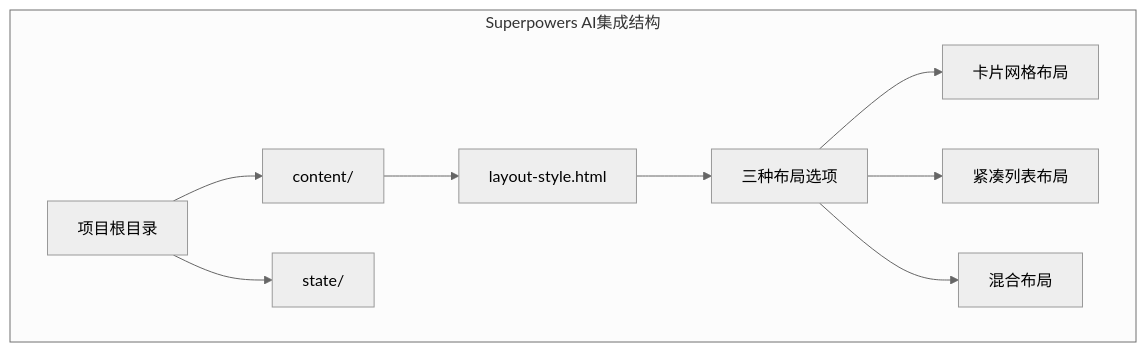
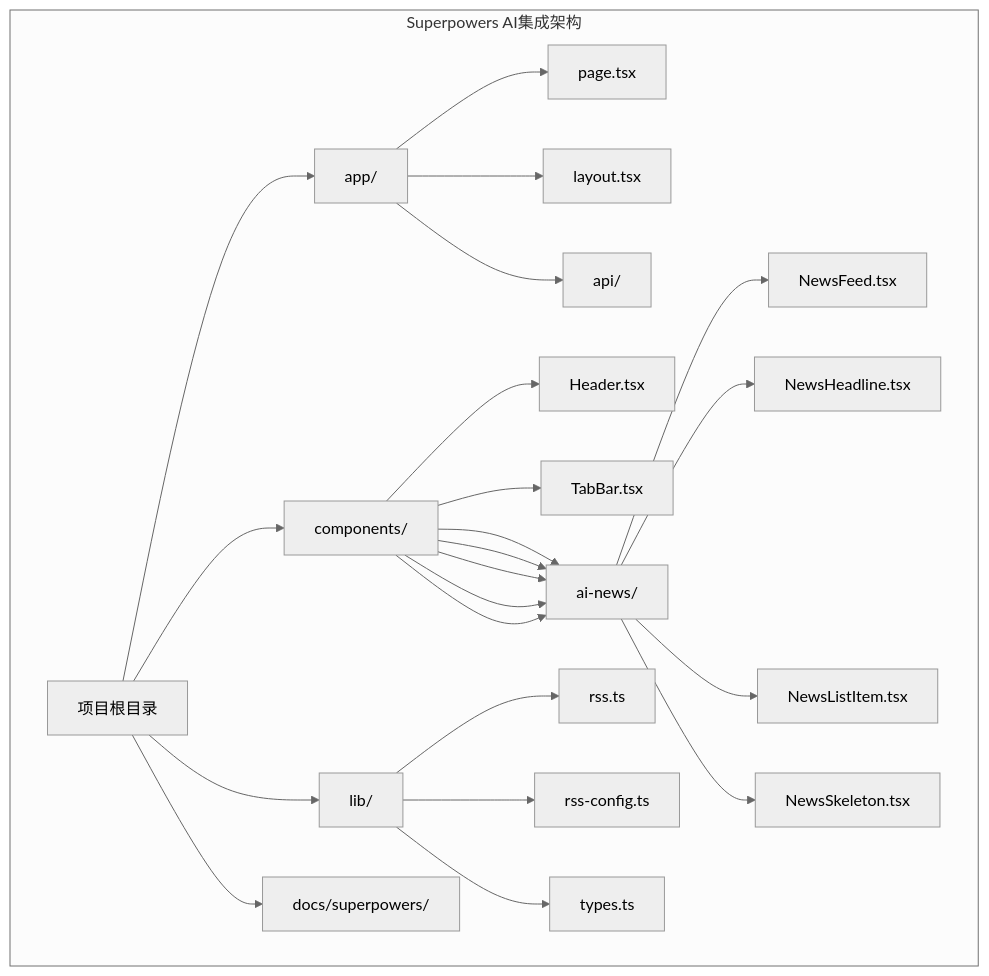
Before and after one commit to huanglixinccc/next-demo-collection: the first of 10 diagrams in .qoder/repowiki/zh/content/Superpowers AI集成.md, drawn with Mermaid (neutral theme). The commit also changed other lines of this file and 10 other files, not shown here.

````diff
--- a/.qoder/repowiki/zh/content/Superpowers AI集成.md
+++ b/.qoder/repowiki/zh/content/Superpowers AI集成.md
@@ -29,16 +52,27 @@
 ```mermaid
 graph TB
-subgraph "Superpowers AI集成结构"
+subgraph "Superpowers AI集成架构"
 Root[项目根目录]
-Content[content/]
-State[state/]
-Layout[layout-style.html]
-Root --> Content
-Root --> State
-Content --> Layout
-Layout --> Options[三种布局选项]
-Options --> CardGrid[卡片网格布局]
-Options --> ListLayout[紧凑列表布局]
-Options --> MixedLayout[混合布局]
+App[app/]
+Components[components/]
+Lib[lib/]
+Docs[docs/superpowers/]
+Root --> App
+Root --> Components
+Root --> Lib
+Root --> Docs
+App --> Page[page.tsx]
+App --> Layout[layout.tsx]
+App --> API[api/]
+Components --> Header[Header.tsx]
+Components --> TabBar[TabBar.tsx]
+Components --> AINews[ai-news/]
+Components --> AINews --> NewsFeed[NewsFeed.tsx]
+Components --> AINews --> NewsHeadline[NewsHeadline.tsx]
+Components --> AINews --> NewsListItem[NewsListItem.tsx]
+Components --> AINews --> NewsSkeleton[NewsSkeleton.tsx]
+Lib --> RSS[rss.ts]
+Lib --> RSSConfig[rss-config.ts]
+Lib --> Types[types.ts]
 end
 ```
````
